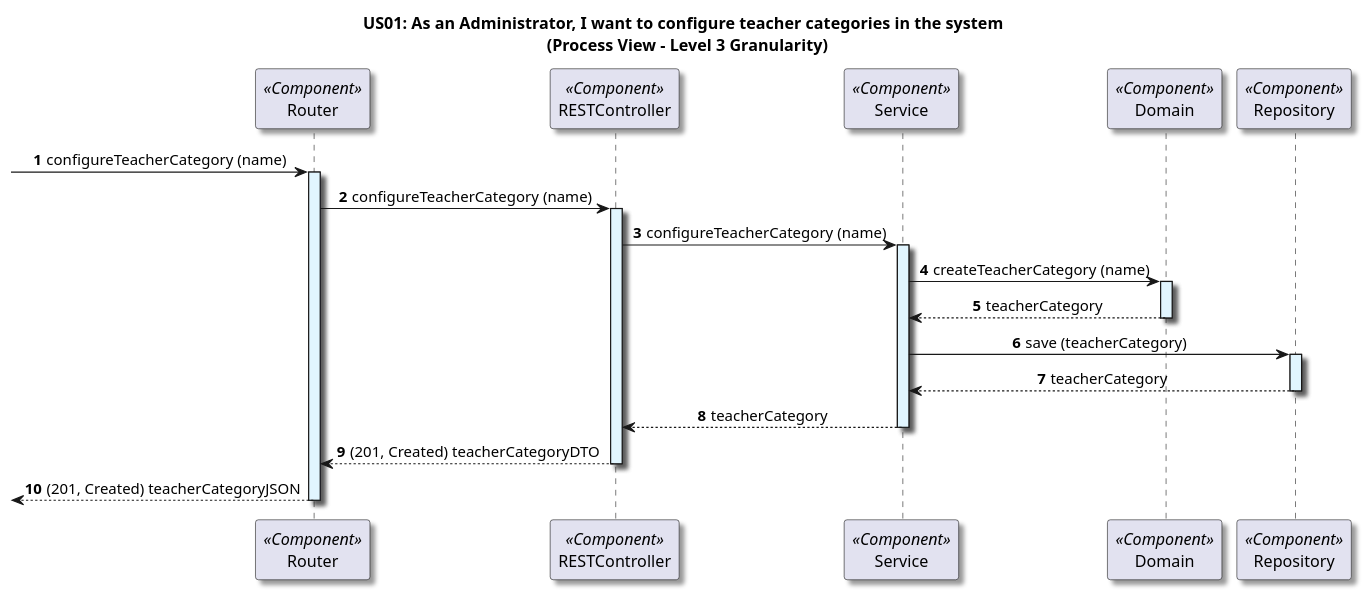
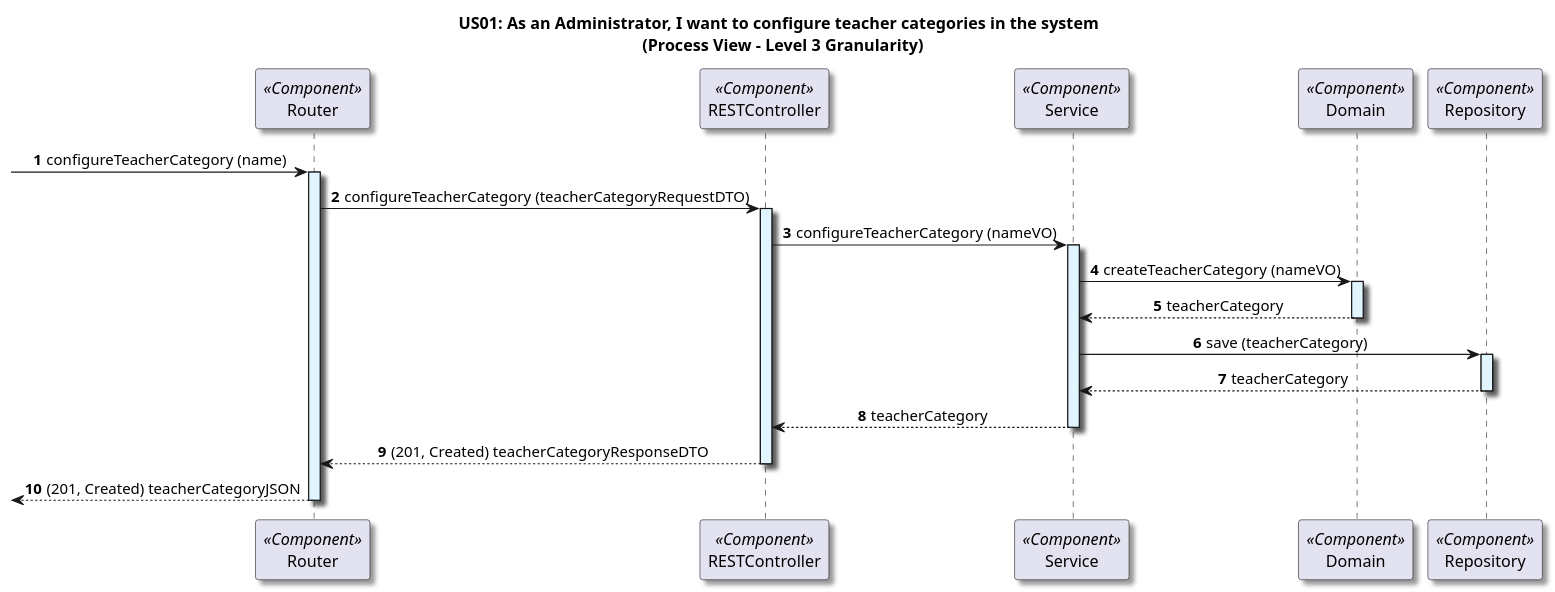
The diagram in docs/US01/Sprint6_RestAPI/ProcessView/Level3Granularity.puml (GasparISEP/DevOps-PAI), drawn with PlantUML before and after one commit.

Commit message:
refactor (diagram): Refactor process view diagram at level 3 granularity for configureTeacherCategory functionality (#532, #541)

```diff
--- a/docs/US01/Sprint6_RestAPI/ProcessView/Level3Granularity.puml
+++ b/docs/US01/Sprint6_RestAPI/ProcessView/Level3Granularity.puml
@@ -1,46 +1,46 @@
 @startuml
 
 title US01: As an Administrator, I want to configure teacher categories in the system \n (Process View - Level 3 Granularity)
 
 skinparam defaultTextAlignment center
 skinparam shadowing true
 
 autonumber
 
 participant "Router" as router <<Component>>
 participant "RESTController" as controller <<Component>>
 participant "Service" as service <<Component>>
 participant "Domain" as domain <<Component>>
 participant "Repository" as repository <<Component>>
 
 -> router: configureTeacherCategory (name)
 activate router #E1F5FE
 
-router -> controller: configureTeacherCategory (name)
+router -> controller: configureTeacherCategory (teacherCategoryRequestDTO)
 activate controller #E1F5FE
 
-controller -> service: configureTeacherCategory (name)
+controller -> service: configureTeacherCategory (nameVO)
 activate service #E1F5FE
 
-service -> domain: createTeacherCategory (name)
+service -> domain: createTeacherCategory (nameVO)
 activate domain #E1F5FE
 
 domain --> service: teacherCategory
 deactivate domain
 
 service -> repository: save (teacherCategory)
 activate repository #E1F5FE
 
 repository --> service: teacherCategory
 deactivate repository
 
 service --> controller: teacherCategory
 deactivate service
 
-controller --> router: (201, Created) teacherCategoryDTO
+controller --> router: (201, Created) teacherCategoryResponseDTO
 deactivate controller
 
 <-- router: (201, Created) teacherCategoryJSON
 deactivate router
 
 @enduml
```
